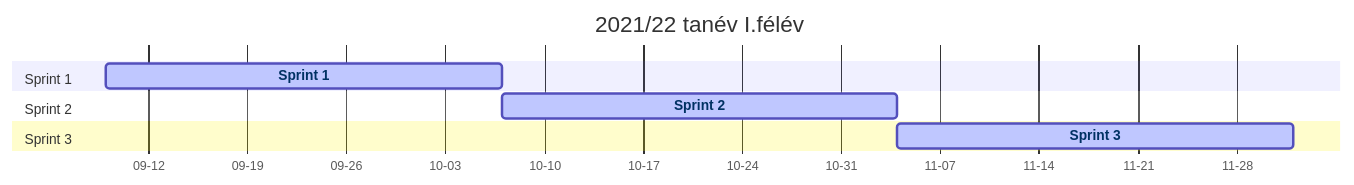
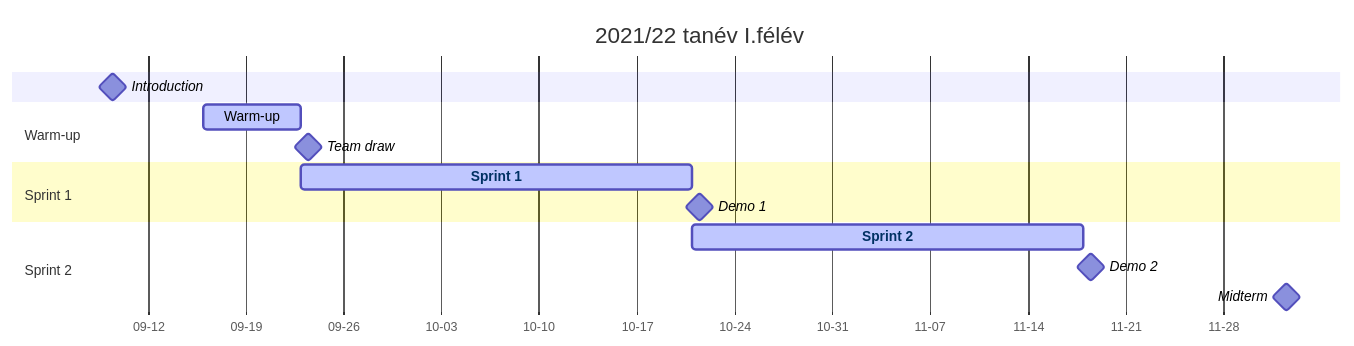
One commit to pintergreg/handout changed the diagram in src/schedule.md. Above: the diagram before and after it, drawn with Mermaid. The commit also changed other lines of this file, not shown here.

```diff
--- a/src/schedule.md
+++ b/src/schedule.md
@@ -26,15 +28,19 @@
 <div class="mermaid">
     gantt
     dateFormat  YYYY-MM-DD
     axisFormat  %m-%d
     title 2021/22 tanév I.félév
+    Introduction :milestone, 2021-09-09, 1d
+    section Warm-up
+        Warm-up :active, warmup, 2021-09-16, 1w
+    Team draw :milestone, after warmup, 1d
     section Sprint 1
-        Sprint 1 :active, sprint1, 2021-09-09, 4w
+        Sprint 1 :active, sprint1, after warmup, 4w
+    Demo 1 :milestone, after sprint1, 1d
     section Sprint 2
         Sprint 2 :active, sprint2, after sprint1, 4w
-    section Sprint 3
-        Sprint 3 :active, sprint3, after sprint2, 4w
+    Demo 2 :milestone, after sprint2, 1d
+    Midterm :milestone, 2021-12-02, 1d
     click sprint1 href "./sprint_1.html"
     click sprint2 href "./sprint_2.html"
-    click sprint3 href "./sprint_3.html"
 </div>
```
